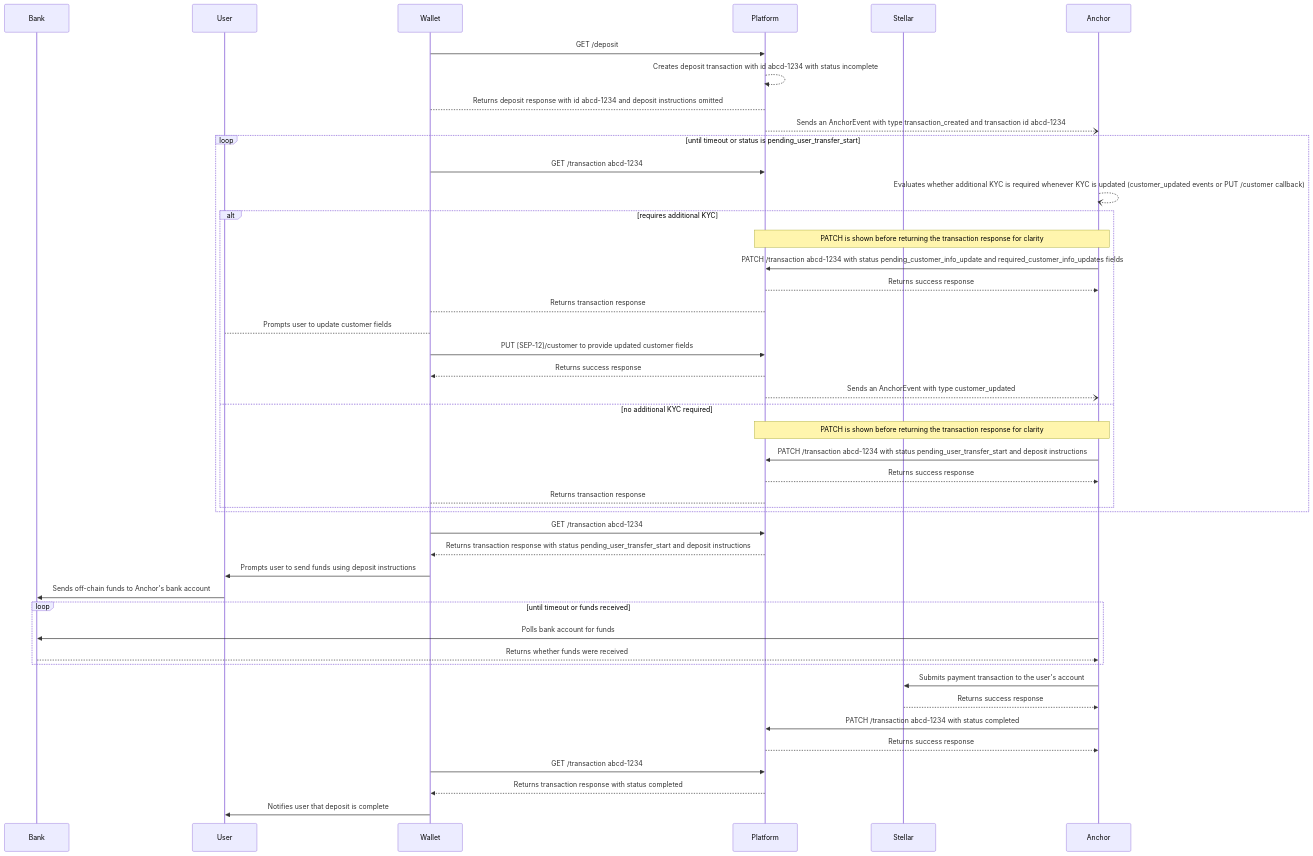
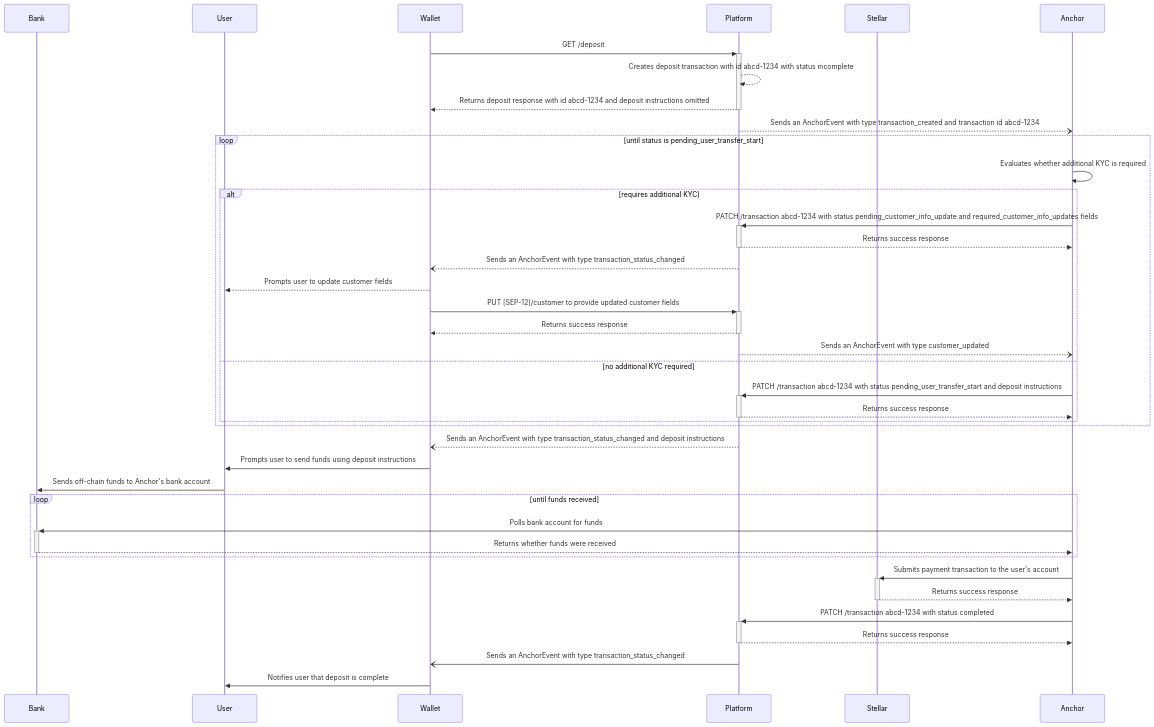
One commit to stellar/java-stellar-anchor-sdk changed the diagram in docs/diagrams/sep6/deposit.md. Above: the diagram before and after it, drawn with Mermaid. The commit also changed other lines of this file, not shown here.

Commit message:
PR comments

````diff
--- a/docs/diagrams/sep6/deposit.md
+++ b/docs/diagrams/sep6/deposit.md
@@ -7,48 +7,42 @@
 ```mermaid
 sequenceDiagram
   participant Bank
   participant User
   participant Wallet
   participant Platform
   participant Stellar
   participant Anchor
 
-  Wallet->>Platform: GET /deposit
+  Wallet->>+Platform: GET /deposit
   Platform-->>Platform: Creates deposit transaction with id abcd-1234 with status incomplete
-  Platform-->Wallet: Returns deposit response with id abcd-1234 and deposit instructions omitted
+  Platform-->>-Wallet: Returns deposit response with id abcd-1234 and deposit instructions omitted
   Platform--)Anchor: Sends an AnchorEvent with type transaction_created and transaction id abcd-1234
-  loop until timeout or status is pending_user_transfer_start
-    Wallet->>Platform: GET /transaction abcd-1234
-    Anchor--)Anchor: Evaluates whether additional KYC is required whenever KYC is updated (customer_updated events or PUT /customer callback)
+  loop until status is pending_user_transfer_start
+    Anchor->>Anchor: Evaluates whether additional KYC is required
     alt requires additional KYC
-      Note over Anchor,Platform: PATCH is shown before returning the transaction response for clarity
-      Anchor->>Platform: PATCH /transaction abcd-1234 with status pending_customer_info_update and required_customer_info_updates fields
-      Platform-->>Anchor: Returns success response
-      Platform-->Wallet: Returns transaction response
-      Wallet-->User: Prompts user to update customer fields
-      Wallet->>Platform: PUT [SEP-12]/customer to provide updated customer fields
-      Platform-->>Wallet: Returns success response
+      Anchor->>+Platform: PATCH /transaction abcd-1234 with status pending_customer_info_update and required_customer_info_updates fields
+      Platform-->>-Anchor: Returns success response
+      Platform--)Wallet: Sends an AnchorEvent with type transaction_status_changed
+      Wallet-->>User: Prompts user to update customer fields
+      Wallet->>+Platform: PUT [SEP-12]/customer to provide updated customer fields
+      Platform-->>-Wallet: Returns success response
       Platform--)Anchor: Sends an AnchorEvent with type customer_updated
     else no additional KYC required
-      Note over Anchor,Platform: PATCH is shown before returning the transaction response for clarity
-      Anchor->>Platform: PATCH /transaction abcd-1234 with status pending_user_transfer_start and deposit instructions
-      Platform-->>Anchor: Returns success response
-      Platform-->Wallet: Returns transaction response
+      Anchor->>+Platform: PATCH /transaction abcd-1234 with status pending_user_transfer_start and deposit instructions
+      Platform-->>-Anchor: Returns success response
     end
   end
-  Wallet->>Platform: GET /transaction abcd-1234
-  Platform-->>Wallet: Returns transaction response with status pending_user_transfer_start and deposit instructions
+  Platform--)Wallet: Sends an AnchorEvent with type transaction_status_changed and deposit instructions
   Wallet->>User: Prompts user to send funds using deposit instructions
   User->>Bank: Sends off-chain funds to Anchor's bank account
-  loop until timeout or funds received
-    Anchor->>Bank: Polls bank account for funds
-    Bank-->>Anchor: Returns whether funds were received
+  loop until funds received
+    Anchor->>+Bank: Polls bank account for funds
+    Bank-->>-Anchor: Returns whether funds were received
   end
-  Anchor->>Stellar: Submits payment transaction to the user's account
-  Stellar-->>Anchor: Returns success response
-  Anchor->>Platform: PATCH /transaction abcd-1234 with status completed
-  Platform-->>Anchor: Returns success response
-  Wallet->>Platform: GET /transaction abcd-1234
-  Platform-->>Wallet: Returns transaction response with status completed
+  Anchor->>+Stellar: Submits payment transaction to the user's account
+  Stellar-->>-Anchor: Returns success response
+  Anchor->>+Platform: PATCH /transaction abcd-1234 with status completed
+  Platform-->>-Anchor: Returns success response
+  Platform-)Wallet: Sends an AnchorEvent with type transaction_status_changed
   Wallet->>User: Notifies user that deposit is complete
 ```
````
